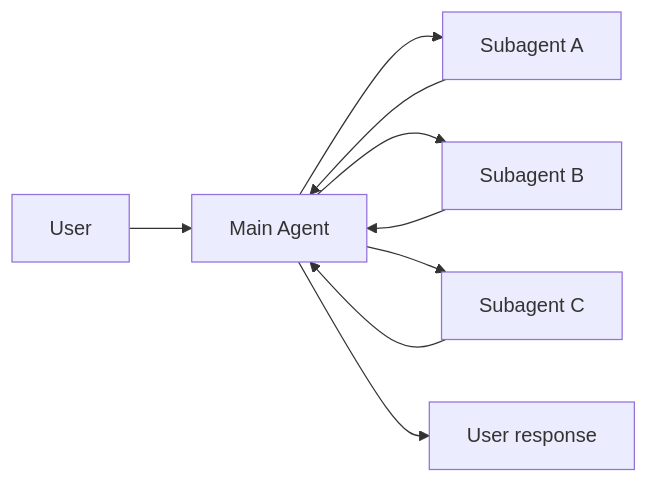
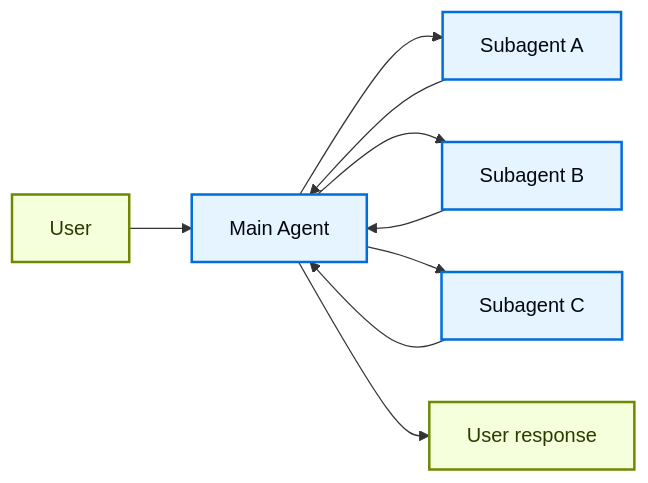
The first of 5 diagrams in build/oss/javascript/langchain/multi-agent/subagents.mdx (fede-kamel/docs-1), drawn with Mermaid before and after one commit. The commit also changed other lines of this file and 3929 other files, not shown here.

````diff
--- a/build/oss/javascript/langchain/multi-agent/subagents.mdx
+++ b/build/oss/javascript/langchain/multi-agent/subagents.mdx
@@ -7,11 +9,17 @@
 ```mermaid
 graph LR
     A[User] --> B[Main Agent]
     B --> C[Subagent A]
     B --> D[Subagent B]
     B --> E[Subagent C]
     C --> B
     D --> B
     E --> B
     B --> F[User response]
+
+    classDef trigger fill:#F6FFDB,stroke:#6E8900,stroke-width:2px,color:#2E3900
+    classDef process fill:#E5F4FF,stroke:#006DDD,stroke-width:2px,color:#030710
+
+    class A,F trigger
+    class B,C,D,E process
 ```
````
